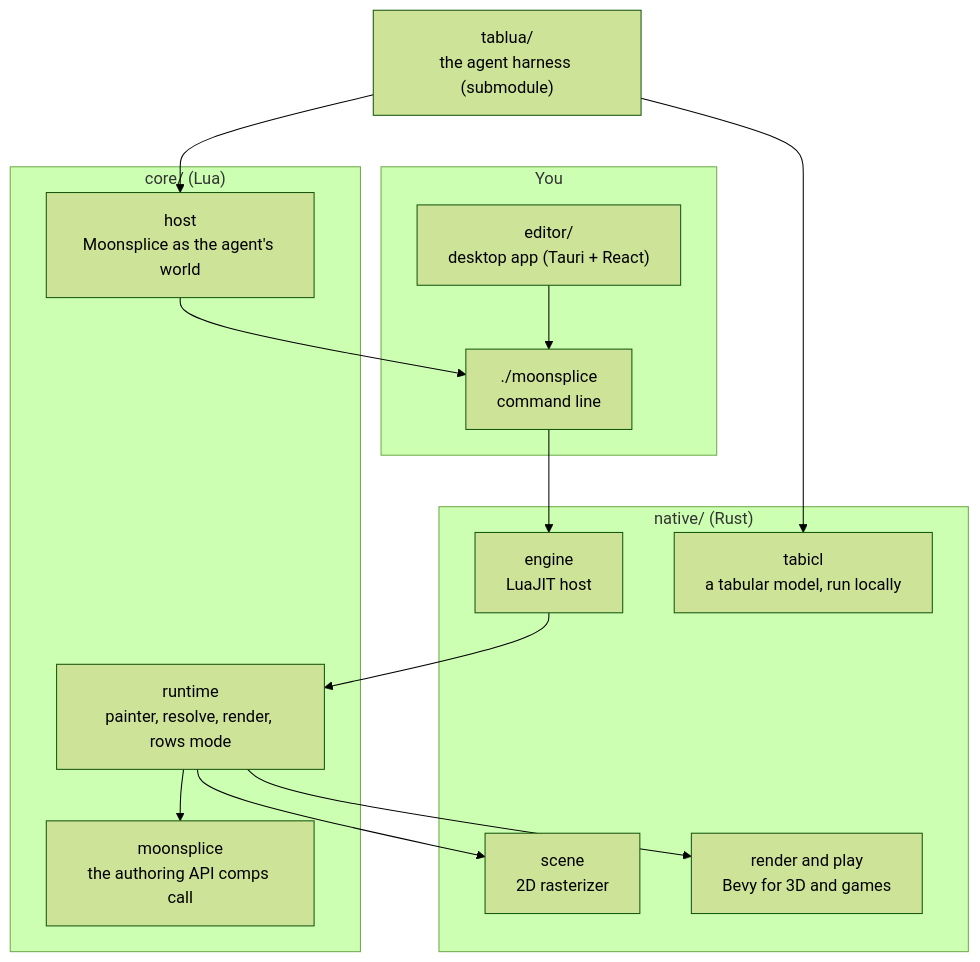
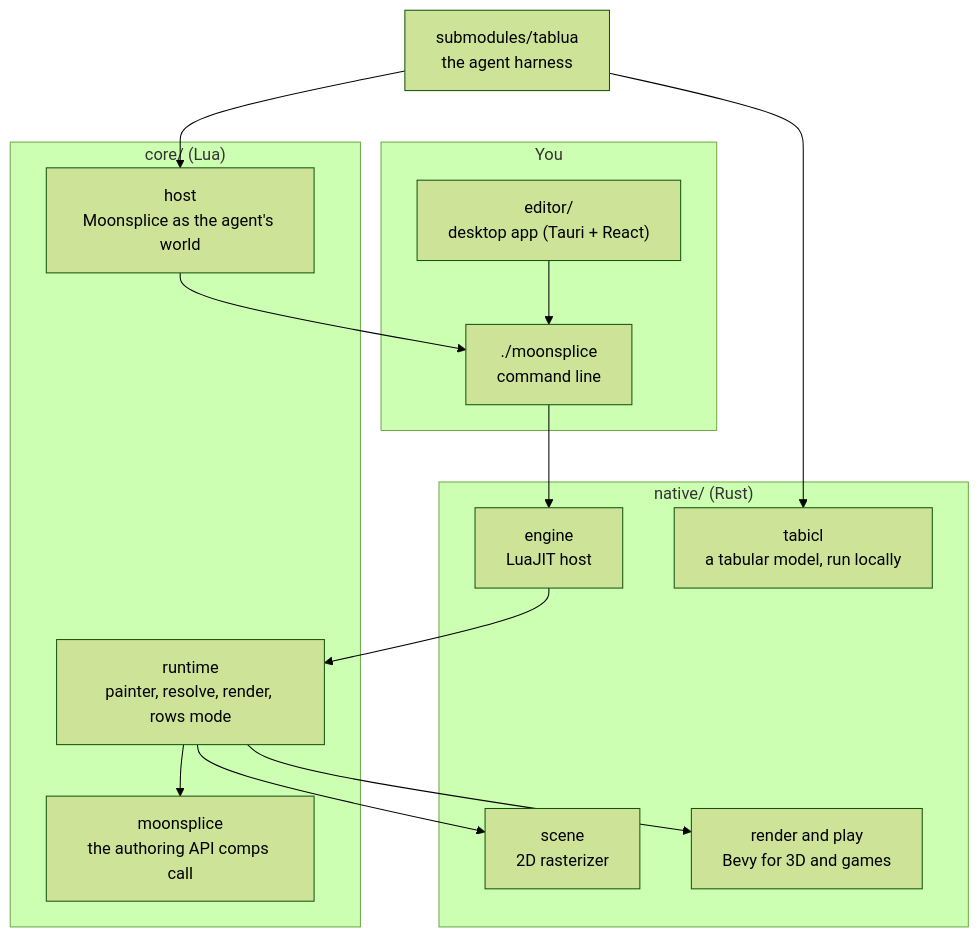
The third of 3 diagrams in README.md (OpenRelationship/moonsplice), drawn with Mermaid (forest theme) before and after one commit. The commit also changed other lines of this file and 10 other files, not shown here.

````diff
--- a/README.md
+++ b/README.md
@@ -140,26 +140,26 @@
 ```mermaid
 flowchart TB
     subgraph you["You"]
         editor["editor/<br/>desktop app (Tauri + React)"]
         cli["./moonsplice<br/>command line"]
     end
     subgraph lua["core/ (Lua)"]
         api["moonsplice<br/>the authoring API comps call"]
         runtime["runtime<br/>painter, resolve, render, rows mode"]
         host["host<br/>Moonsplice as the agent's world"]
     end
     subgraph rust["native/ (Rust)"]
         engine["engine<br/>LuaJIT host"]
         scene["scene<br/>2D rasterizer"]
         bevy["render and play<br/>Bevy for 3D and games"]
         tabicl["tabicl<br/>a tabular model, run locally"]
     end
-    tablua["tablua/<br/>the agent harness (submodule)"]
+    tablua["submodules/tablua<br/>the agent harness"]
 
     editor --> cli --> engine
     engine --> runtime --> api
     runtime --> scene
     runtime --> bevy
     tablua --> host --> cli
     tablua --> tabicl
 ```
````
